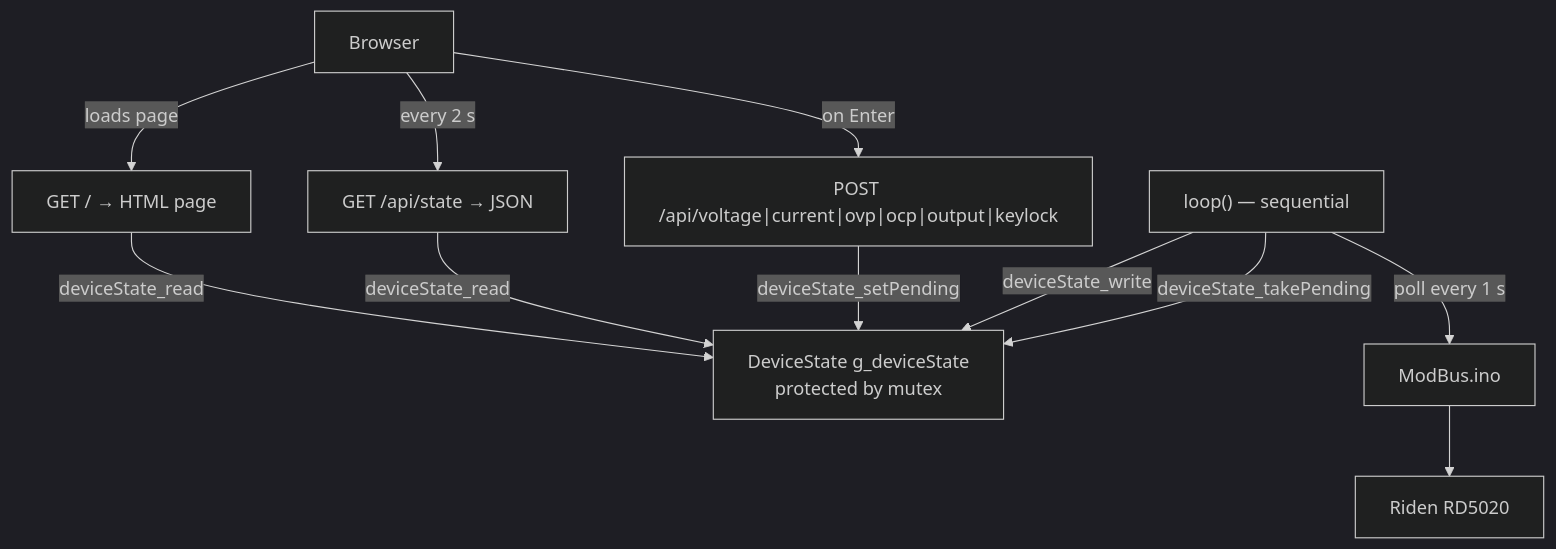
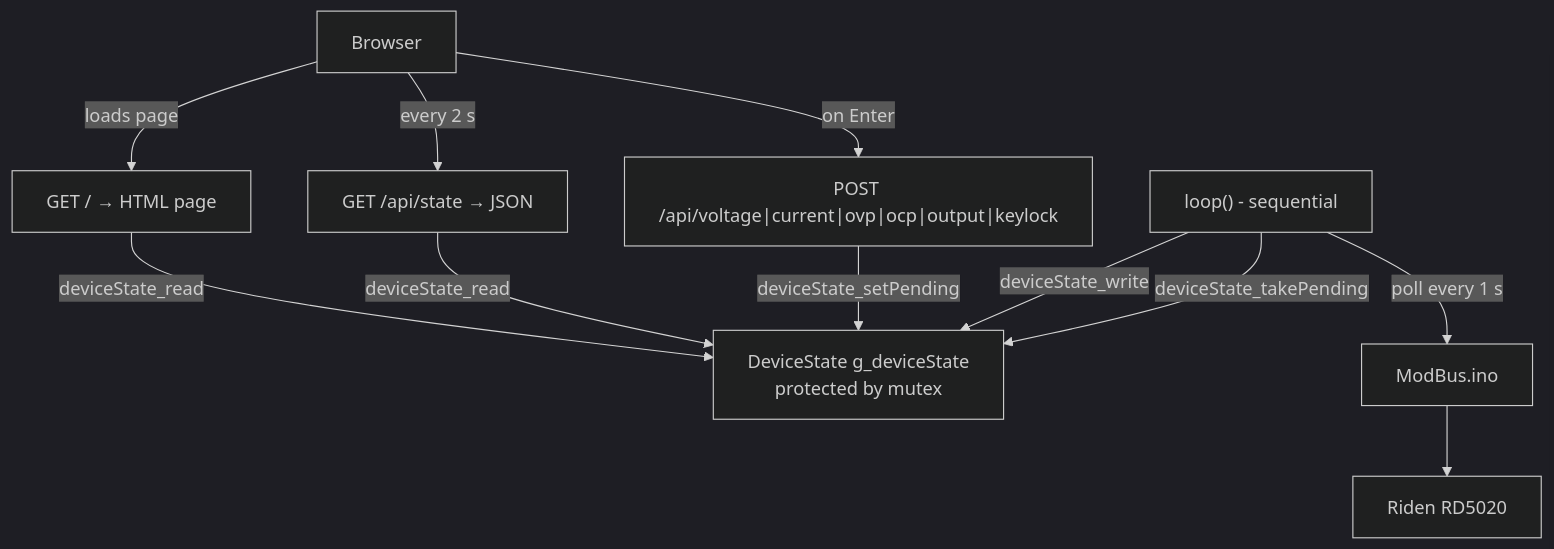
Before and after one commit to Warpguru/ESP: the second of 2 diagrams in Iteration 8.md, drawn with Mermaid (dark theme). The commit also changed other lines of this file and 43 other files, not shown here.

````diff
--- a/Iteration 8.md
+++ b/Iteration 8.md
@@ -155,22 +155,22 @@
 ```mermaid
 graph TD
     Browser["Browser"]
     Root["GET / → HTML page"]
     API["GET /api/state → JSON"]
     Post["POST /api/voltage|current|ovp|ocp|output|keylock"]
     DS["DeviceState g_deviceState\nprotected by mutex"]
-    Loop["loop() — sequential"]
+    Loop["loop() - sequential"]
     Modbus["ModBus.ino"]
     Riden["Riden RD5020"]
 
     Browser -- loads page --> Root
     Browser -- every 2 s --> API
     Browser -- on Enter --> Post
     Root -- deviceState_read --> DS
     API -- deviceState_read --> DS
     Post -- deviceState_setPending --> DS
     Loop -- poll every 1 s --> Modbus
     Loop -- deviceState_write --> DS
     Loop -- deviceState_takePending --> DS
     Modbus --> Riden
 ```
````
